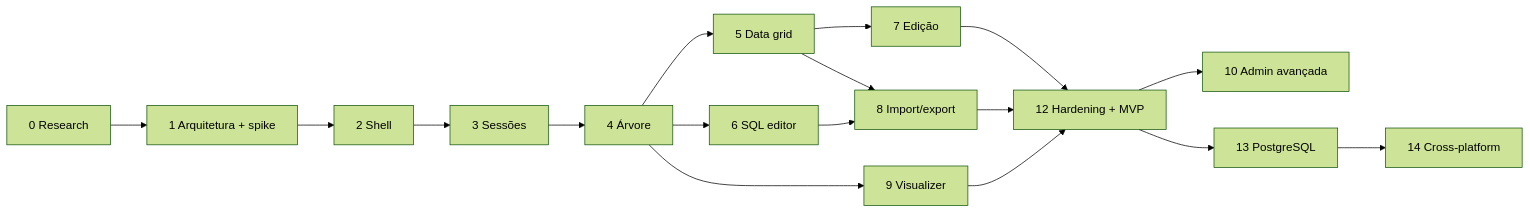
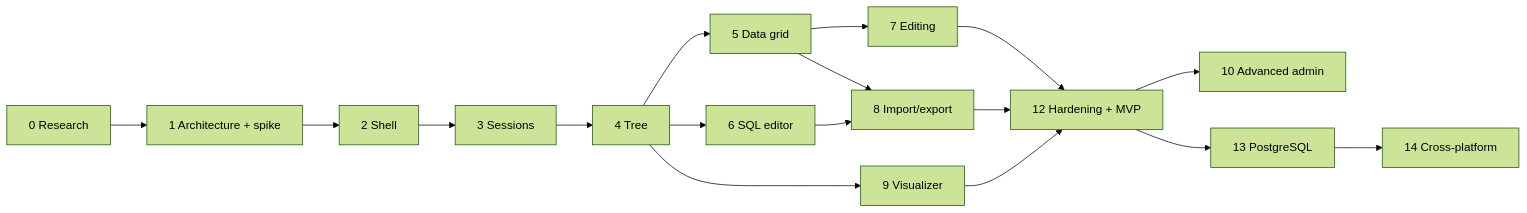
Before and after one commit to JoaoMarcos03/Eunomia: the seventh of 7 diagrams in docs/spec/specification.md, drawn with Mermaid (forest theme). The commit also changed other lines of this file and 50 other files, not shown here.

````diff
--- a/docs/spec/specification.md
+++ b/docs/spec/specification.md
@@ -1921,19 +1921,19 @@
 ```mermaid
 flowchart LR
-  F0[0 Research] --> F1[1 Arquitetura + spike]
+  F0[0 Research] --> F1[1 Architecture + spike]
   F1 --> F2[2 Shell]
-  F2 --> F3[3 Sessões]
-  F3 --> F4[4 Árvore]
+  F2 --> F3[3 Sessions]
+  F3 --> F4[4 Tree]
   F4 --> F5[5 Data grid]
   F4 --> F6[6 SQL editor]
-  F5 --> F7[7 Edição]
+  F5 --> F7[7 Editing]
   F5 --> F8[8 Import/export]
   F6 --> F8
   F4 --> F9[9 Visualizer]
   F7 --> F12[12 Hardening + MVP]
   F8 --> F12
   F9 --> F12
-  F12 --> F10[10 Admin avançada]
+  F12 --> F10[10 Advanced admin]
   F12 --> F13[13 PostgreSQL]
   F13 --> F14[14 Cross-platform]
 ```
````
